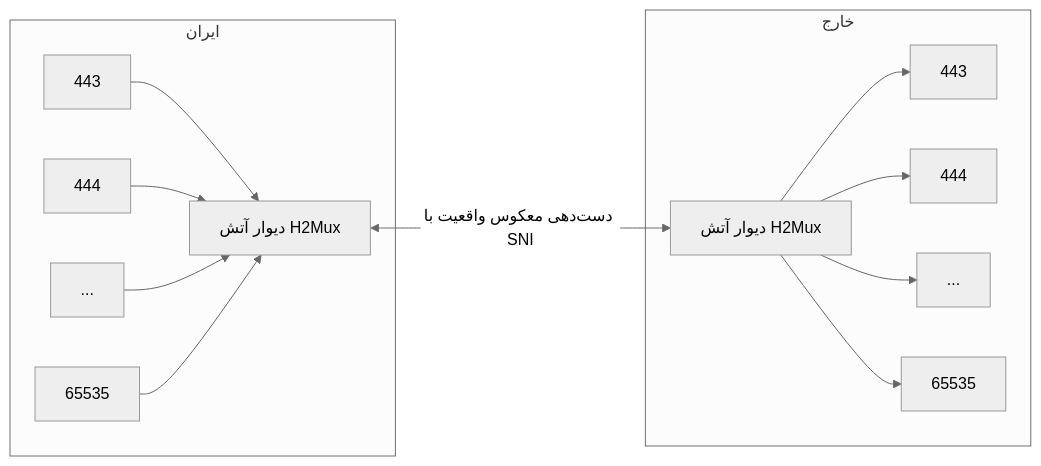
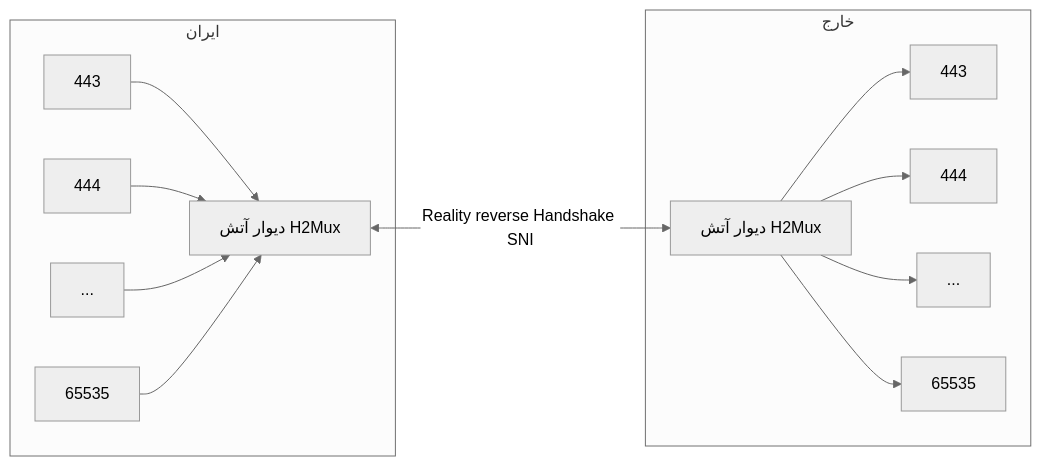
One commit to just-the-docs/just-the-docs-template changed the second of 2 diagrams in docs/manually/tunnels/reality-reverse-tunnel.mdx. Above: the diagram before and after it, drawn with Mermaid (neutral theme). The commit also changed other lines of this file and 23 other files, not shown here.

````diff
--- a/docs/manually/tunnels/reality-reverse-tunnel.mdx
+++ b/docs/manually/tunnels/reality-reverse-tunnel.mdx
@@ -194,17 +194,17 @@
 ```mermaid
 flowchart LR;
     subgraph خارج;
     B1[443];
     B2[444];
     B3[...];
     B4[65535];
     W_K[دیوار آتش H2Mux] --> B1 & B2 & B3 & B4
     end;
     subgraph ایران;
     A1[443]    --> W_I;
     A2[444]    --> W_I;
     A3[...]    --> W_I;
     A4[65535]  --> W_I;
-    W_I[دیوار آتش H2Mux] <-- "دست‌دهی معکوس واقعیت با SNI"--> W_K
+    W_I[دیوار آتش H2Mux] <-- "Reality reverse Handshake SNI"--> W_K
     end;
 ```
````
